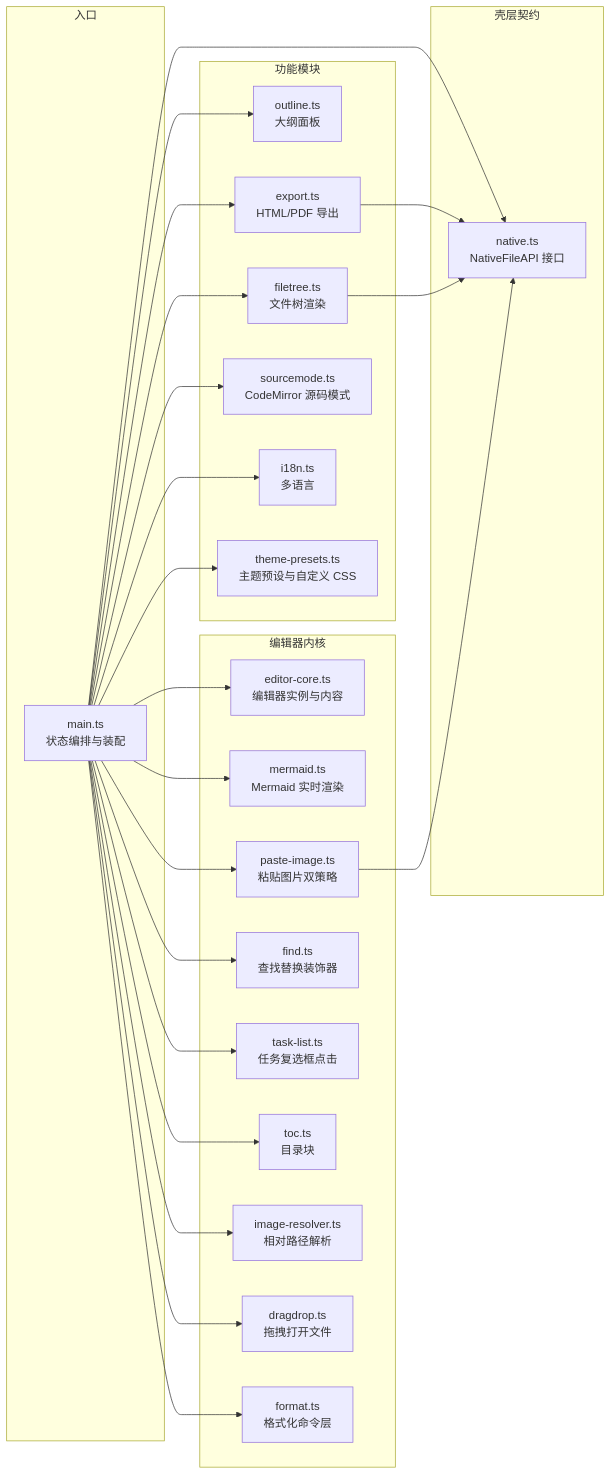
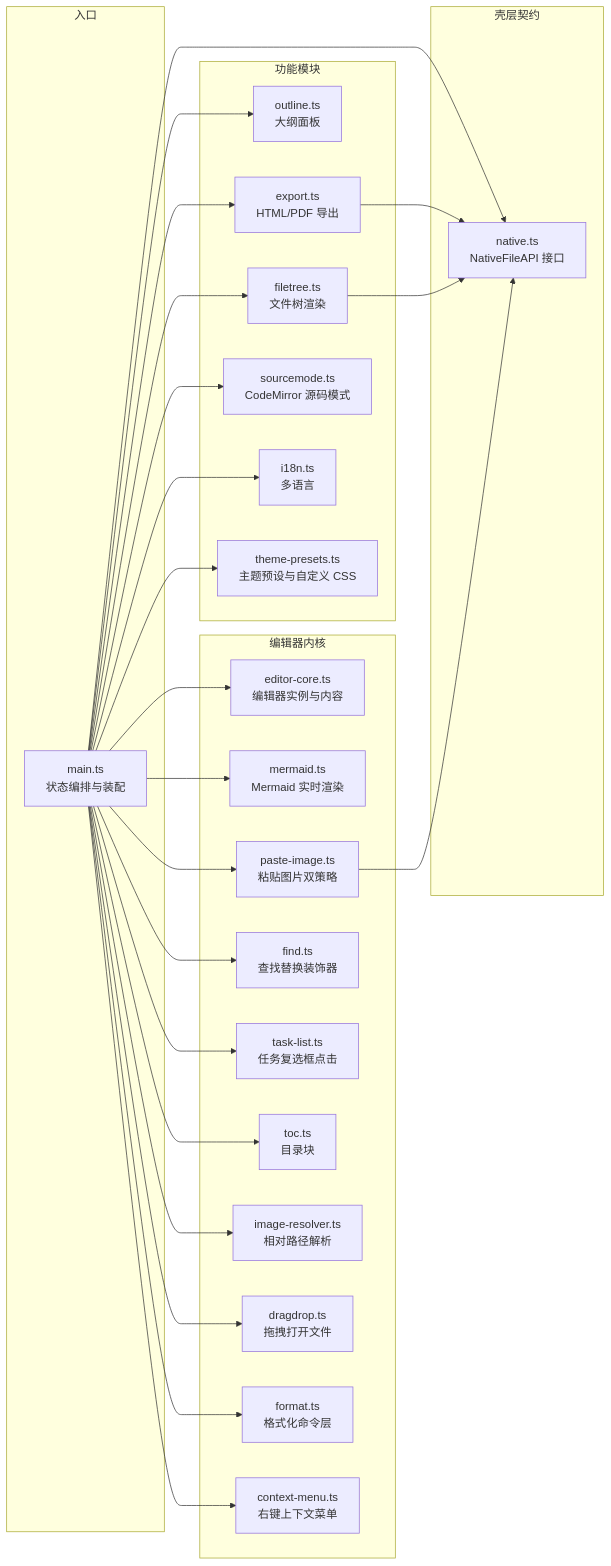
The third of 4 diagrams in docs/架构设计.md (ChiangyangNPU/for-mark), drawn with Mermaid before and after one commit. The commit also changed other lines of this file and 12 other files, not shown here.

````diff
--- a/docs/架构设计.md
+++ b/docs/架构设计.md
@@ -85,51 +85,53 @@
 ```mermaid
 flowchart LR
     subgraph 入口
         MAIN[main.ts<br/>状态编排与装配]
     end
 
     subgraph 编辑器内核
         EDITOR[editor-core.ts<br/>编辑器实例与内容]
         MERMAID[mermaid.ts<br/>Mermaid 实时渲染]
         PASTE[paste-image.ts<br/>粘贴图片双策略]
         FIND[find.ts<br/>查找替换装饰器]
         TASK[task-list.ts<br/>任务复选框点击]
         TOC[toc.ts<br/>目录块]
         IMGRES[image-resolver.ts<br/>相对路径解析]
         DROP[dragdrop.ts<br/>拖拽打开文件]
         FMT[format.ts<br/>格式化命令层]
+        CTXMENU[context-menu.ts<br/>右键上下文菜单]
     end
 
     subgraph 功能模块
         OUTLINE[outline.ts<br/>大纲面板]
         TREE[filetree.ts<br/>文件树渲染]
         EX[export.ts<br/>HTML/PDF 导出]
         SRC[sourcemode.ts<br/>CodeMirror 源码模式]
         I18N[i18n.ts<br/>多语言]
         THEMEPRESET[theme-presets.ts<br/>主题预设与自定义 CSS]
     end
 
     subgraph 壳层契约
         NATIVE[native.ts<br/>NativeFileAPI 接口]
     end
 
     MAIN --> EDITOR
     MAIN --> MERMAID
     MAIN --> PASTE
     MAIN --> FIND
     MAIN --> TASK
     MAIN --> TOC
     MAIN --> IMGRES
     MAIN --> DROP
     MAIN --> FMT
+    MAIN --> CTXMENU
     MAIN --> OUTLINE
     MAIN --> TREE
     MAIN --> EX
     MAIN --> SRC
     MAIN --> I18N
     MAIN --> THEMEPRESET
     MAIN --> NATIVE
     EX --> NATIVE
     TREE --> NATIVE
     PASTE --> NATIVE
 ```
````
